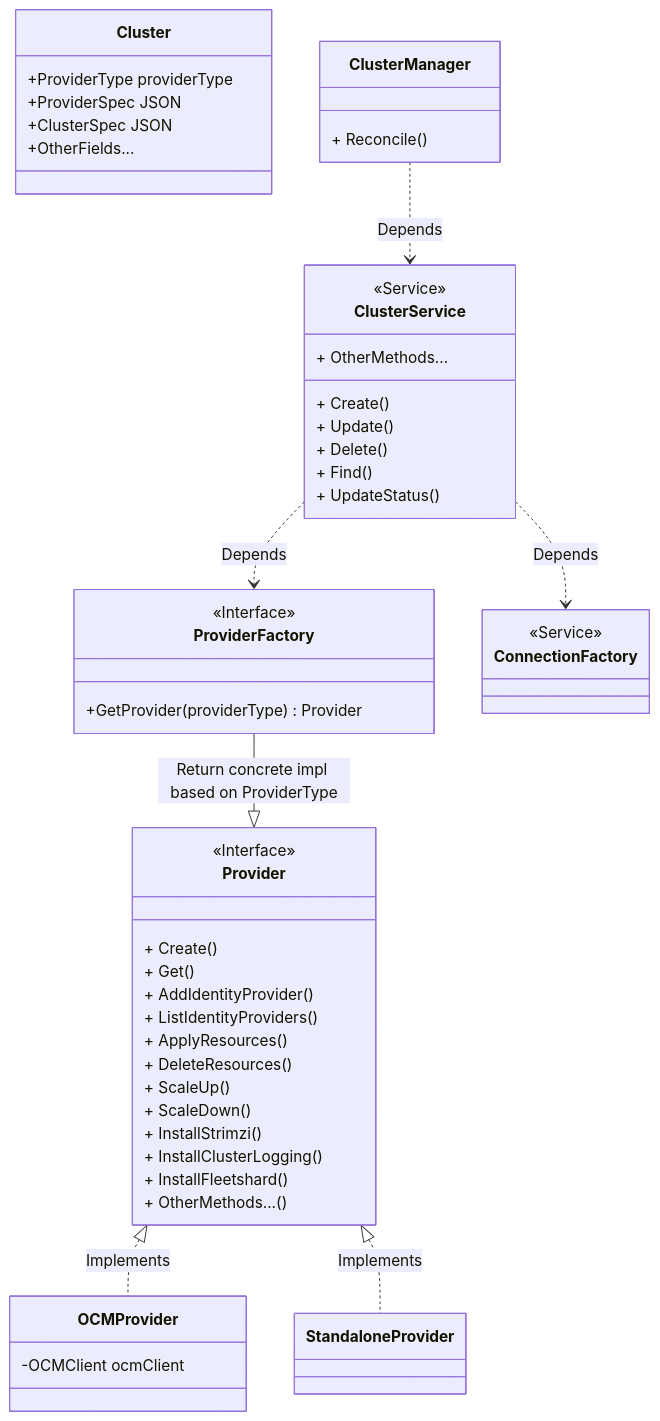
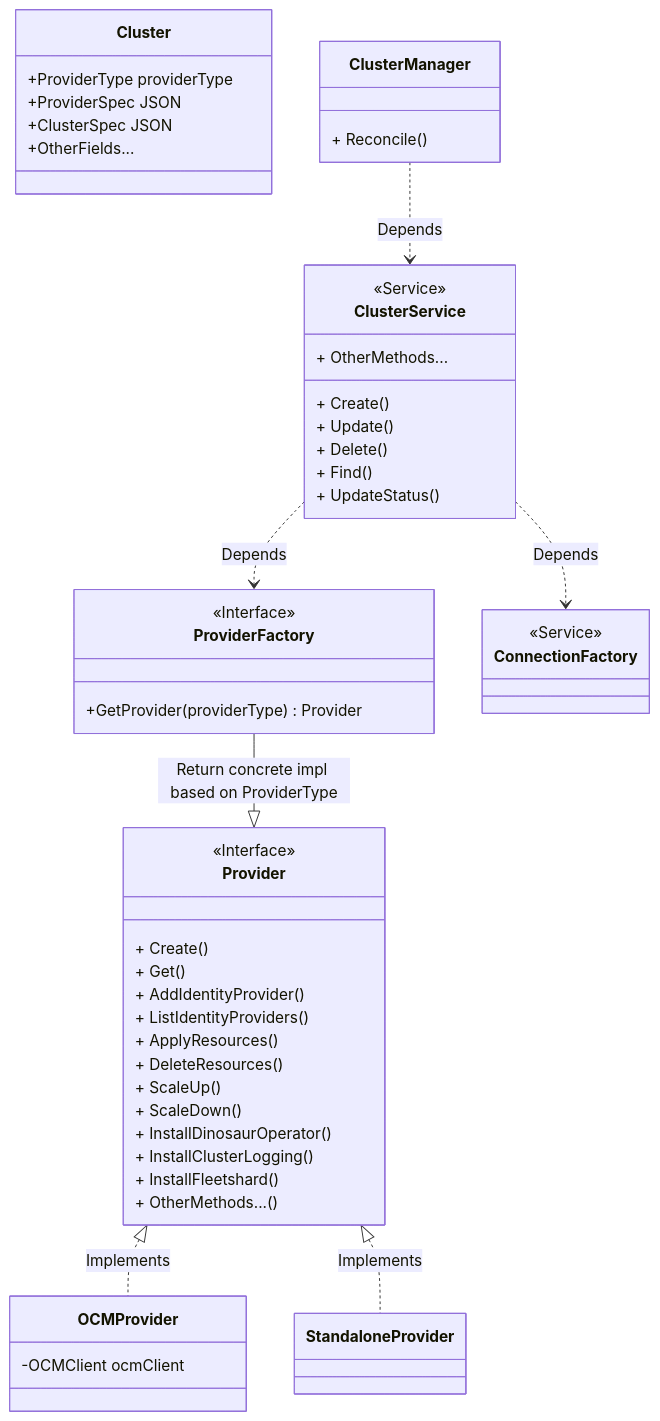
One commit to bf2fc6cc711aee1a0c2a/kas-fleet-manager changed the diagram in docs/mermaid-diagrams-source/cluster-management-abstraction.mmd. Above: the diagram before and after it, drawn with Mermaid. The commit also changed 56 other files, not shown here.

Commit message:
refactor: Rename strimzi occurrences to dinosaur operator and remove ibp-related content

```diff
--- a/docs/mermaid-diagrams-source/cluster-management-abstraction.mmd
+++ b/docs/mermaid-diagrams-source/cluster-management-abstraction.mmd
@@ -1,60 +1,60 @@
 classDiagram
   class Cluster {
       +ProviderType providerType
       +ProviderSpec JSON
       +ClusterSpec JSON
       +OtherFields...
   }
 
   class Provider {
       <<Interface>>
       + Create()
       + Get()
       + AddIdentityProvider()
       + ListIdentityProviders()
       + ApplyResources()
       + DeleteResources()
       + ScaleUp()
       + ScaleDown()
-      + InstallStrimzi()
+      + InstallDinosaurOperator()
       + InstallClusterLogging()
       + InstallFleetshard()
       + OtherMethods...()
   }
 
   class ProviderFactory {
       <<Interface>>
       +GetProvider(providerType) Provider
   }
 
   class OCMProvider{
       -OCMClient ocmClient
   }
   class StandaloneProvider {
 
   }
 
   class ConnectionFactory {
       <<Service>>
   }
 
   class ClusterService {
       <<Service>>
       + Create()
       + Update()
       + Delete()
       + Find()
       + UpdateStatus()
       + OtherMethods...
   }
 
   class ClusterManager {
       + Reconcile()
   }
 
   Provider <|.. OCMProvider: Implements
   Provider <|.. StandaloneProvider: Implements
   ProviderFactory --|> Provider: Return concrete impl based on ProviderType
   ClusterService ..> ProviderFactory: Depends
   ClusterService ..> ConnectionFactory: Depends
   ClusterManager ..> ClusterService: Depends
```
